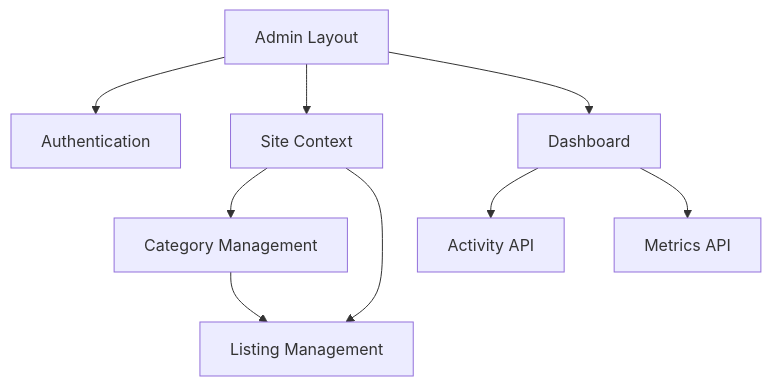
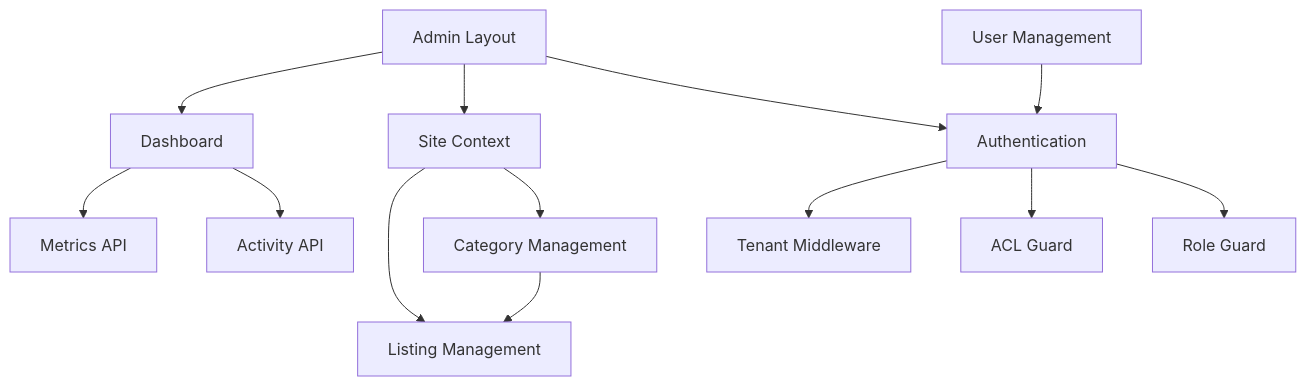
The diagram in docs/admin-mvp.md (TSavo/directorymonster), drawn with Mermaid before and after one commit. The commit also changed other lines of this file, not shown here.

Commit message:
Update Admin MVP Documentation with security architecture and implementation details #7

````diff
--- a/docs/admin-mvp.md
+++ b/docs/admin-mvp.md
@@ -74,11 +83,15 @@
 ```mermaid
 graph TD
     AdminLayout[Admin Layout] --> Auth[Authentication]
     AdminLayout --> SiteContext[Site Context]
     SiteContext --> Categories[Category Management]
     SiteContext --> Listings[Listing Management]
     Categories --> Listings
     AdminLayout --> Dashboard[Dashboard]
     Dashboard --> ActivityAPI[Activity API]
     Dashboard --> MetricsAPI[Metrics API]
+    Auth --> RoleGuard[Role Guard]
+    Auth --> ACLGuard[ACL Guard]
+    Auth --> TenantMiddleware[Tenant Middleware]
+    Users[User Management] --> Auth
 ```
````
